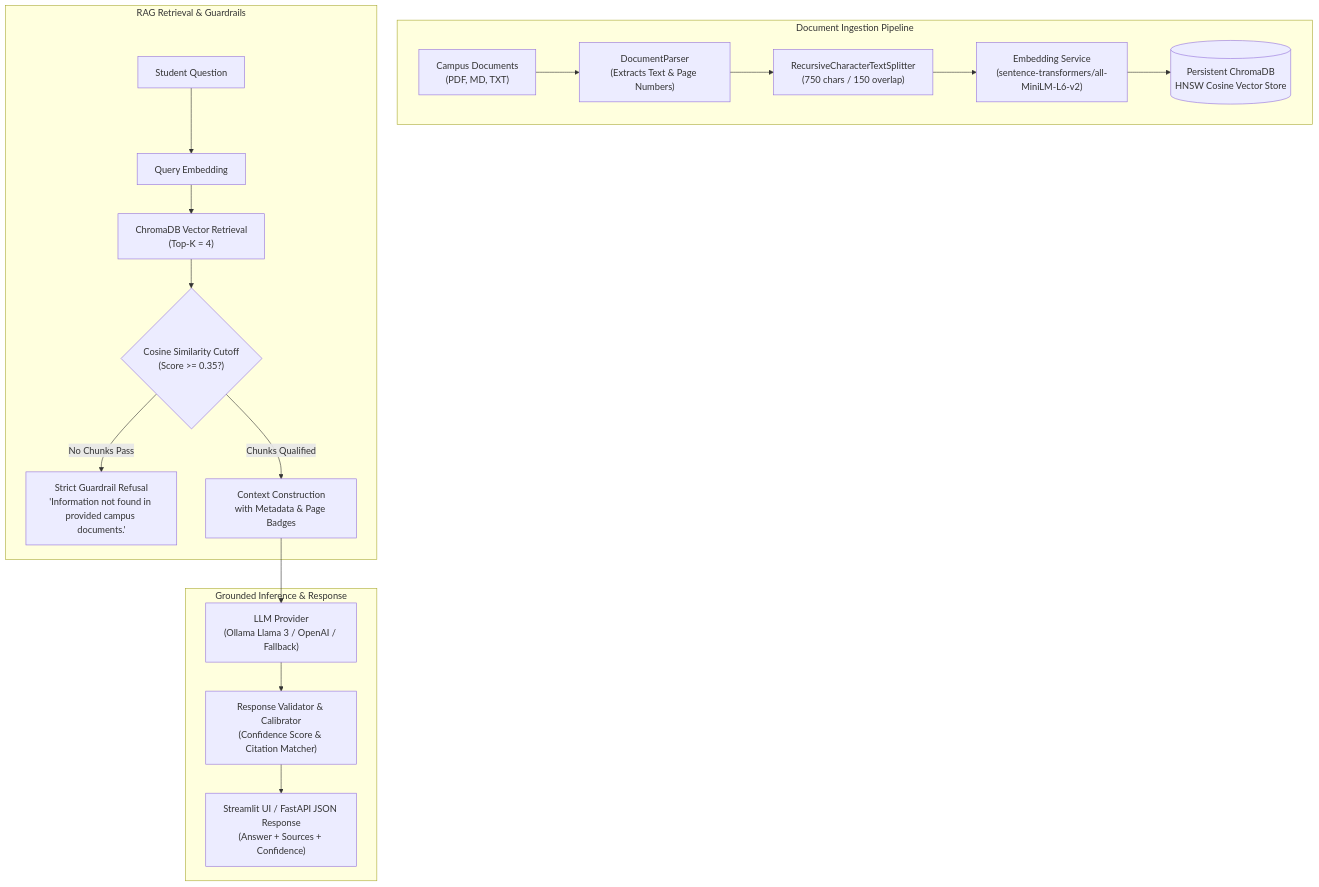
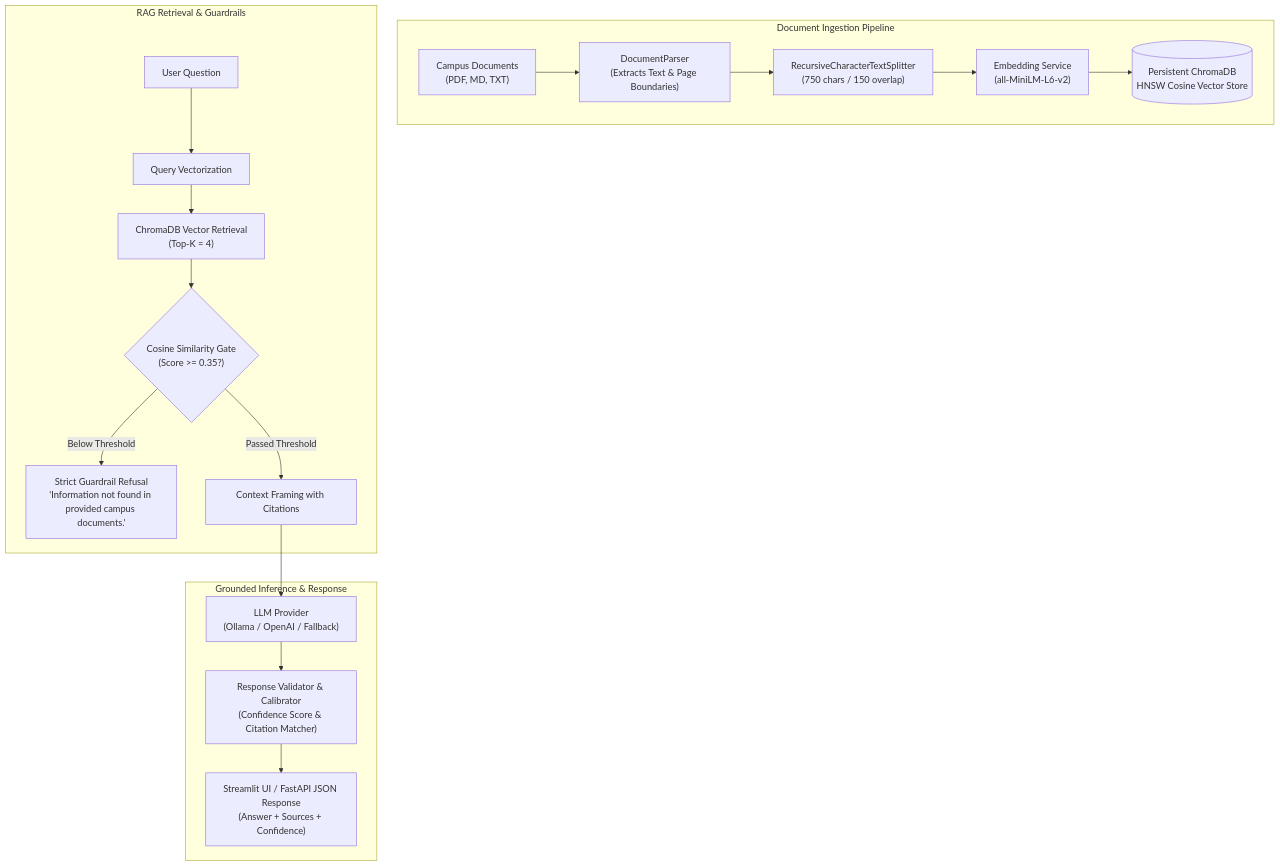
Before and after one commit to SreyaThota/campus-knowledge-assistant: the diagram in README.md, drawn with Mermaid. The commit also changed other lines of this file and 1 other file, not shown here.

````diff
--- a/README.md
+++ b/README.md
@@ -29,23 +66,23 @@
 ```mermaid
 flowchart TD
     subgraph INGESTION["Document Ingestion Pipeline"]
-        A["Campus Documents<br/>(PDF, MD, TXT)"] --> B["DocumentParser<br/>(Extracts Text & Page Numbers)"]
+        A["Campus Documents<br/>(PDF, MD, TXT)"] --> B["DocumentParser<br/>(Extracts Text & Page Boundaries)"]
         B --> C["RecursiveCharacterTextSplitter<br/>(750 chars / 150 overlap)"]
-        C --> D["Embedding Service<br/>(sentence-transformers/all-MiniLM-L6-v2)"]
+        C --> D["Embedding Service<br/>(all-MiniLM-L6-v2)"]
         D --> E[("Persistent ChromaDB<br/>HNSW Cosine Vector Store")]
     end
 
     subgraph RETRIEVAL["RAG Retrieval & Guardrails"]
-        F["Student Question"] --> G["Query Embedding"]
+        F["User Question"] --> G["Query Vectorization"]
         G --> H["ChromaDB Vector Retrieval<br/>(Top-K = 4)"]
-        H --> I{"Cosine Similarity Cutoff<br/>(Score >= 0.35?)"}
-        I -- "No Chunks Pass" --> J["Strict Guardrail Refusal<br/>'Information not found in provided campus documents.'"]
-        I -- "Chunks Qualified" --> K["Context Construction<br/>with Metadata & Page Badges"]
+        H --> I{"Cosine Similarity Gate<br/>(Score >= 0.35?)"}
+        I -- "Below Threshold" --> J["Strict Guardrail Refusal<br/>'Information not found in provided campus documents.'"]
+        I -- "Passed Threshold" --> K["Context Framing with Citations"]
     end
 
     subgraph GENERATION["Grounded Inference & Response"]
-        K --> L["LLM Provider<br/>(Ollama Llama 3 / OpenAI / Fallback)"]
+        K --> L["LLM Provider<br/>(Ollama / OpenAI / Fallback)"]
         L --> M["Response Validator & Calibrator<br/>(Confidence Score & Citation Matcher)"]
         M --> N["Streamlit UI / FastAPI JSON Response<br/>(Answer + Sources + Confidence)"]
     end
 ```
````
